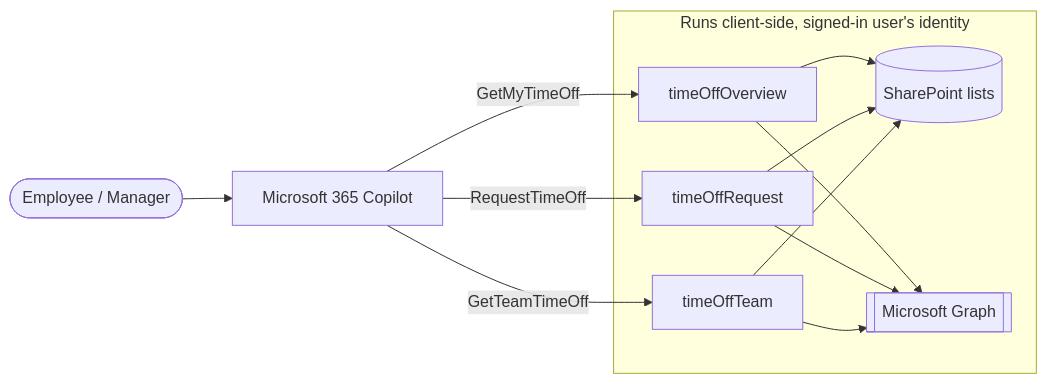
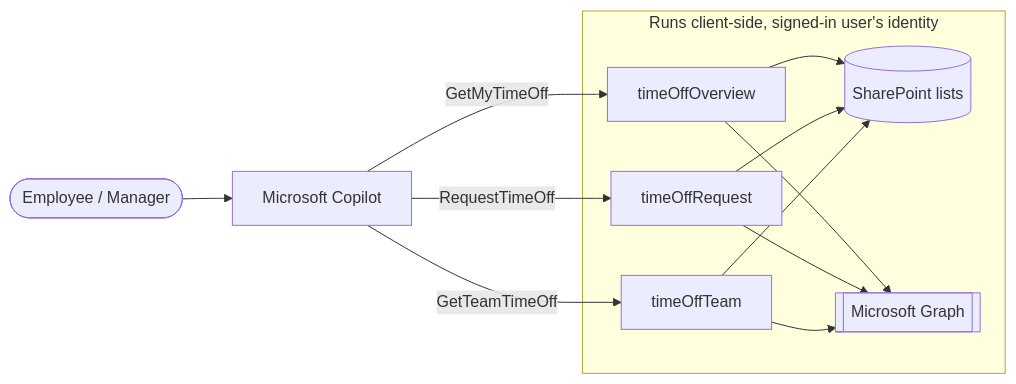
Before and after one commit to HarminderSethi/spfx-copilot-apps: the diagram in samples/time-off-absence/README.md, drawn with Mermaid. The commit also changed other lines of this file and 129 other files, not shown here.

````diff
--- a/samples/time-off-absence/README.md
+++ b/samples/time-off-absence/README.md
@@ -28,15 +28,15 @@
 ```mermaid
 flowchart LR
-    User([Employee / Manager]) --> Copilot[Microsoft 365 Copilot]
+    User([Employee / Manager]) --> Copilot[Microsoft Copilot]
     Copilot -->|GetMyTimeOff| A[timeOffOverview]
     Copilot -->|RequestTimeOff| B[timeOffRequest]
     Copilot -->|GetTeamTimeOff| C[timeOffTeam]
     subgraph Browser["Runs client-side, signed-in user's identity"]
         A --> SP[(SharePoint lists)]
         A --> Graph[[Microsoft Graph]]
         B --> Graph
         B --> SP
         C --> SP
         C --> Graph
     end
 ```
````
